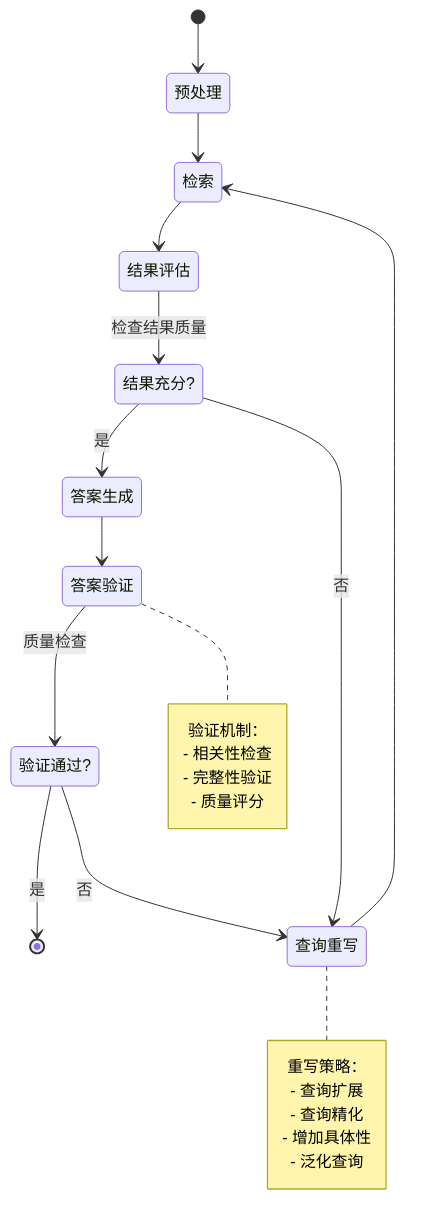
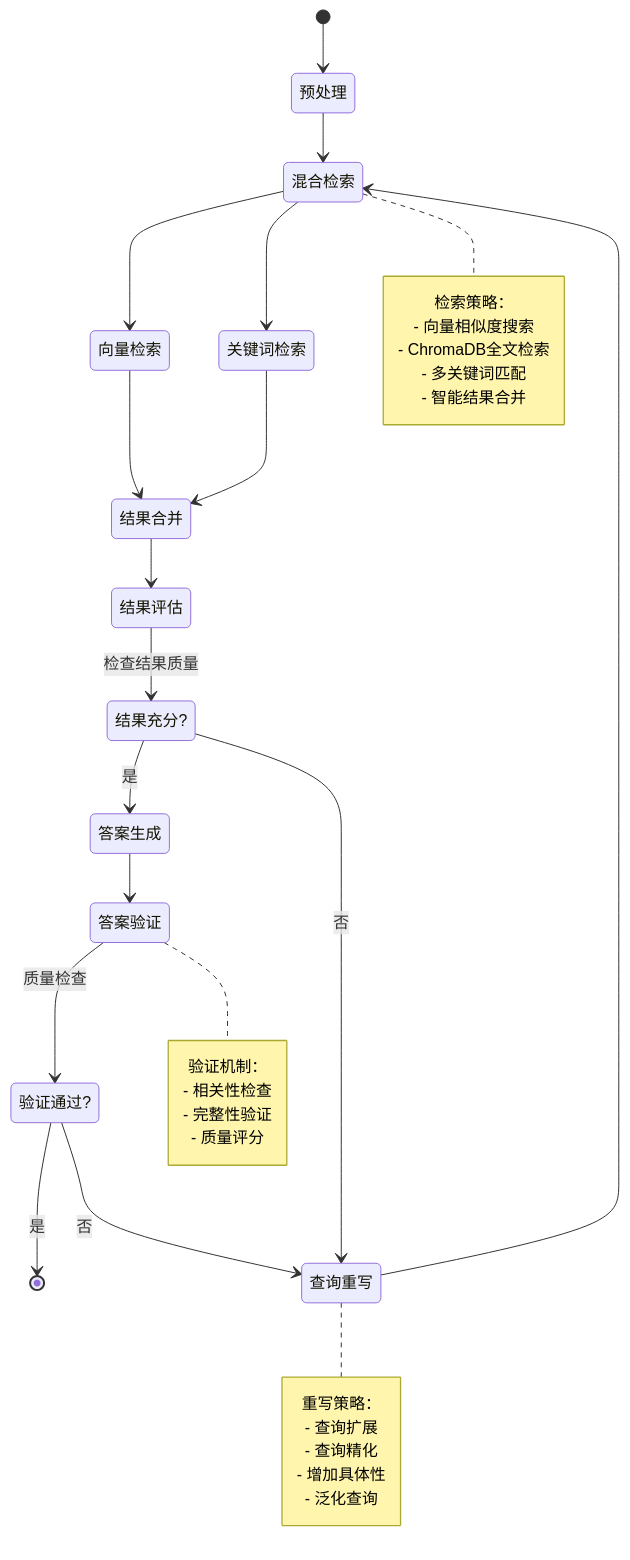
The second of 2 diagrams in README.md (XuJiachengZust/RAG), drawn with Mermaid before and after one commit. The commit also changed other lines of this file, not shown here.

First line of the commit message:
feat(architecture): 更新系统架构和工作流

````diff
--- a/README.md
+++ b/README.md
@@ -82,36 +97,48 @@
 ```mermaid
 stateDiagram-v2
     [*] --> 预处理
     
-    预处理 --> 检索
-    检索 --> 结果评估
+    预处理 --> 混合检索
+    混合检索 --> 向量检索
+    混合检索 --> 关键词检索
+    向量检索 --> 结果合并
+    关键词检索 --> 结果合并
+    结果合并 --> 结果评估
     
     结果评估 --> 结果充分?: 检查结果质量
     
     结果充分? --> 答案生成: 是
     结果充分? --> 查询重写: 否
     
-    查询重写 --> 检索
+    查询重写 --> 混合检索
     
     答案生成 --> 答案验证
     
     答案验证 --> 验证通过?: 质量检查
     
     验证通过? --> [*]: 是
     验证通过? --> 查询重写: 否
+    
+    note right of 混合检索
+        检索策略：
+        - 向量相似度搜索
+        - ChromaDB全文检索
+        - 多关键词匹配
+        - 智能结果合并
+    end note
     
     note right of 查询重写
         重写策略：
         - 查询扩展
         - 查询精化
         - 增加具体性
         - 泛化查询
     end note
     
     note right of 答案验证
         验证机制：
         - 相关性检查
         - 完整性验证
         - 质量评分
     end note
 ```
````
